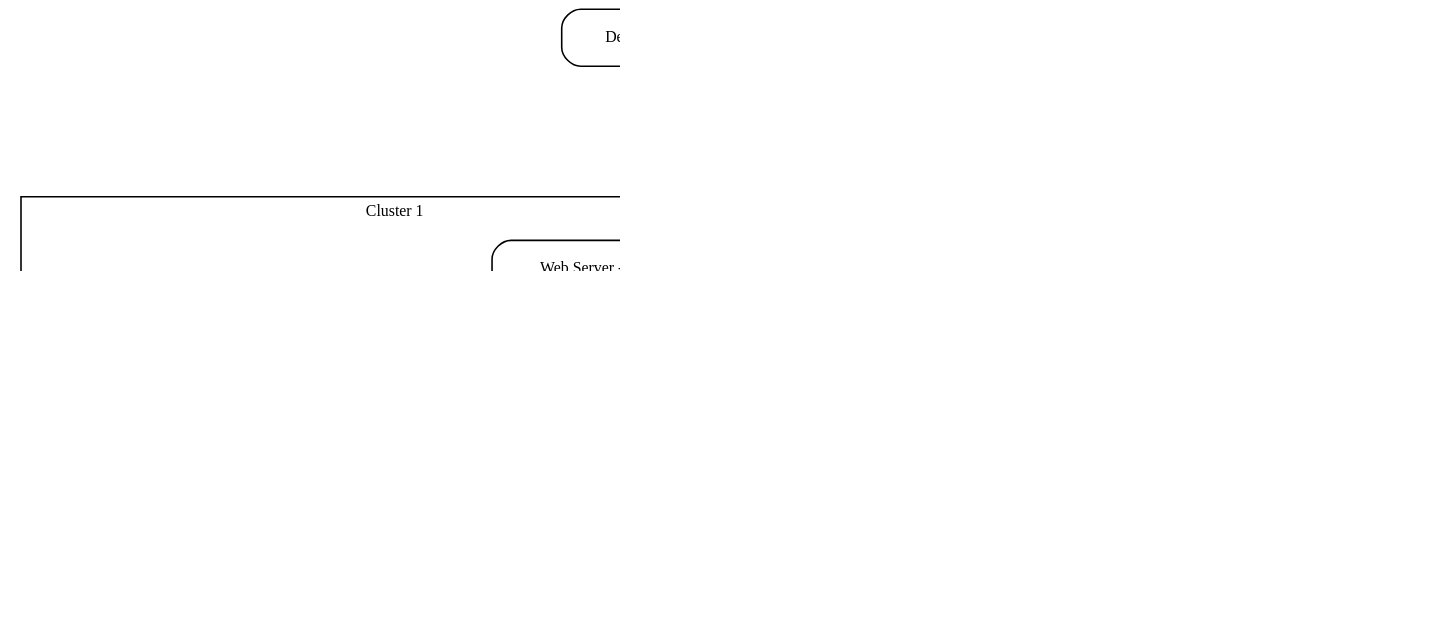
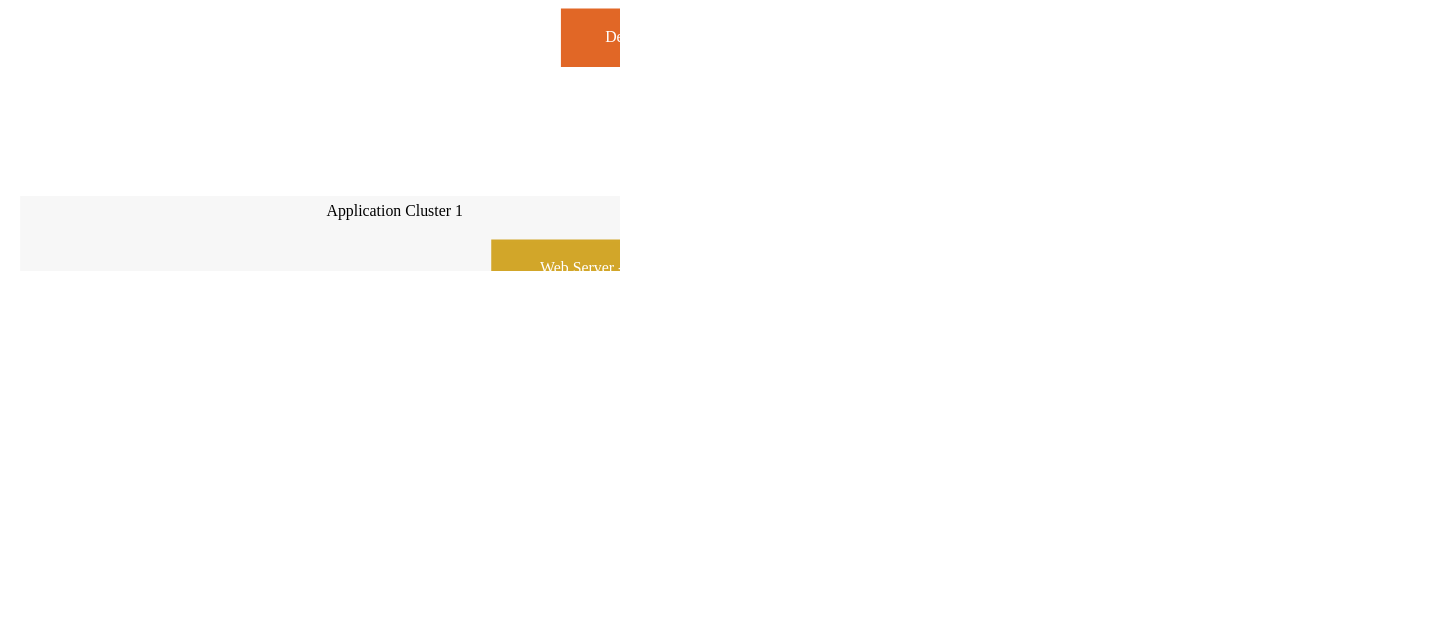
The diagram in nepsd-arch.dot (abruzzi/graphviz-scripts), drawn with Graphviz before and after one commit.

Commit message:
update nepsd-arch to a beautiful version

```diff
--- a/nepsd-arch.dot
+++ b/nepsd-arch.dot
@@ -1,91 +1,111 @@
 digraph nepsd {
 	fontname="Microsoft YaHei";
     fontsize=10;
     dir=TD;
 
     graph [dpi=180];
 
-    node [shape="Mrecord", fontname="Consolas", fontsize=10];
-    edge [color="#05c3de", fontname="Consolas", fontsize=10];
+    node [color="#3C7CCC", shape="record", fontname="Consolas", fontsize=10];
+    edge [color="#636260", fontname="Consolas", fontsize=10, arrowhead="empty", style="dashed"];
 
-	desktop [label="Desktop - Chrome/Firefox"];
-	pad [label="Pad/Laptop - Chrome/Safari"];
+	desktop [label="Desktop - Chrome/Firefox", color="#E16726", style="filled", fontcolor="#ffffff"];
+	pad [label="Pad/Laptop - Chrome/Safari", color="#0A9DE5", style="filled", fontcolor="#ffffff"];
 
-	load_balance [label="Load Balance - Nginx"];
+	load_balance [label="Load Balance - Nginx", style="filled", color="#029802", fontcolor="#ffffff"];
 
 	desktop -> load_balance;
 	pad -> load_balance;
 
 	subgraph cluster_c1 {
-		label="Cluster 1";
+		label="Application Cluster 1";
+		style="filled"
+		color="#F7F7F7"
 
-		web_server_c1 [label="Web Server - Tomcat/Jetty"];
+		web_server_c1 [label="Web Server - Tomcat/Jetty", style="filled", color="#D2A629", fontcolor="#ffffff"];
 
 		subgraph cluster_exporter {
+			label="Exporter Instances"
+			style="filled"
+			color="#EBEBEB"
+
 			exporter1 [label="Site Exporter", shape="component"];
 			exporter2 [label="Site Exporter", shape="component"];
 		}
 		
-		message_queue_c1 [label="Queue Server - RabbitMQ"];
+		message_queue_c1 [label="Queue Server - RabbitMQ", style="filled", color="#FF6604", fontcolor="#ffffff"];
 		
 		subgraph cluster_importer {
+			label="Importer Instances"
+			style="filled"
+			color="#EBEBEB"
+
 			importer1 [label="DIY Importer", shape="component"];
 			importer2 [label="DIY Importer", shape="component"];	
 		}
 		
-		database_c1 [label="NoSQL Database - Mongo"];
+		database_c1 [label="NoSQL Database - Mongo", style="filled", color="#1E8A36", fontcolor="#ffffff"];
 	}
 
 	web_server_c1 -> message_queue_c1;
 	message_queue_c1 -> exporter1;
 	message_queue_c1 -> exporter2;
 
 	message_queue_c1 -> importer1;
 	message_queue_c1 -> importer2;
 
 	web_server_c1 -> database_c1;
 
 	exporter1 -> database_c1;
 	exporter2 -> database_c1;
 
 	importer1 -> database_c1;
 	importer2 -> database_c1;
 
 	subgraph cluster_c2 {
-		label="Cluster 2";
+		label="Application Cluster 2";
+		style="filled"
+		color="#F7F7F7"
 		
-		web_server_c2 [label="Web Server - Tomcat/Jetty"];
+		web_server_c2 [label="Web Server - Tomcat/Jetty", style="filled", color="#D2A629", fontcolor="#ffffff"];
 
 		subgraph cluster_importer2 {
+			label="Importer Instances"
+			style="filled"
+			color="#EBEBEB"
+			
 			importer3 [label="DIY Importer", shape="component"];
 			importer4 [label="DIY Importer", shape="component"];	
 		}
 
 		subgraph cluster_exporter2 {
+			label="Exporter Instances"
+			style="filled"
+			color="#EBEBEB"
+
 			exporter3 [label="Site Exporter", shape="component"];
 			exporter4 [label="Site Exporter", shape="component"];		
 		}
 		
-		message_queue_c2 [label="Queue Server - RabbitMQ"];
+		message_queue_c2 [label="Queue Server - RabbitMQ", style="filled", color="#FF6604", fontcolor="#ffffff"];
 		
-		database_c2 [label="NoSQL Database - Mongo"];
+		database_c2 [label="NoSQL Database - Mongo", style="filled", color="#1E8A36", fontcolor="#ffffff"];
 	}
 
 	load_balance -> web_server_c1;
 	load_balance -> web_server_c2;
 
 	web_server_c2 -> message_queue_c2;
 	message_queue_c2 -> exporter3;
 	message_queue_c2 -> exporter4;
 
 	message_queue_c2 -> importer3;
 	message_queue_c2 -> importer4;
 
 	web_server_c2 -> database_c2;
 
 	exporter3 -> database_c2;
 	exporter4 -> database_c2;
 
 	importer3 -> database_c2;
 	importer4 -> database_c2;
 }
```
